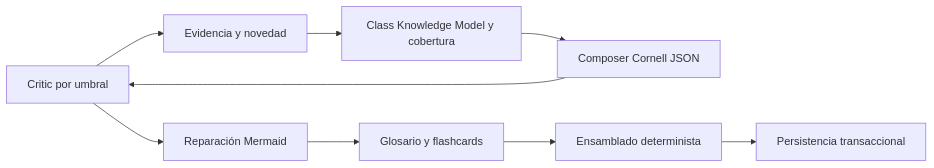
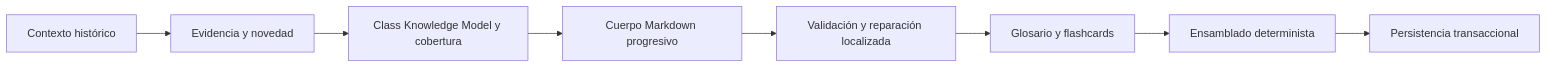
Before and after one commit to JamesKristofUbiarco/Concat-notes: the diagram in docs/agent-architecture.md, drawn with Mermaid. The commit also changed other lines of this file and 67 other files, not shown here.

Commit message:
feat: add agent and RAG workflows with current architecture documentation

````diff
--- a/docs/agent-architecture.md
+++ b/docs/agent-architecture.md
@@ -18,11 +20,10 @@
 ```mermaid
 flowchart LR
     C[Contexto histórico] --> E[Evidencia y novedad]
     E --> K[Class Knowledge Model y cobertura]
-    K --> B[Composer Cornell JSON]
-    B --> C[Critic por umbral]
-    C --> M[Reparación Mermaid]
+    K --> B[Cuerpo Markdown progresivo]
+    B --> M[Validación y reparación localizada]
     M --> S[Glosario y flashcards]
     S --> A[Ensamblado determinista]
     A --> P[Persistencia transaccional]
 ```
````
